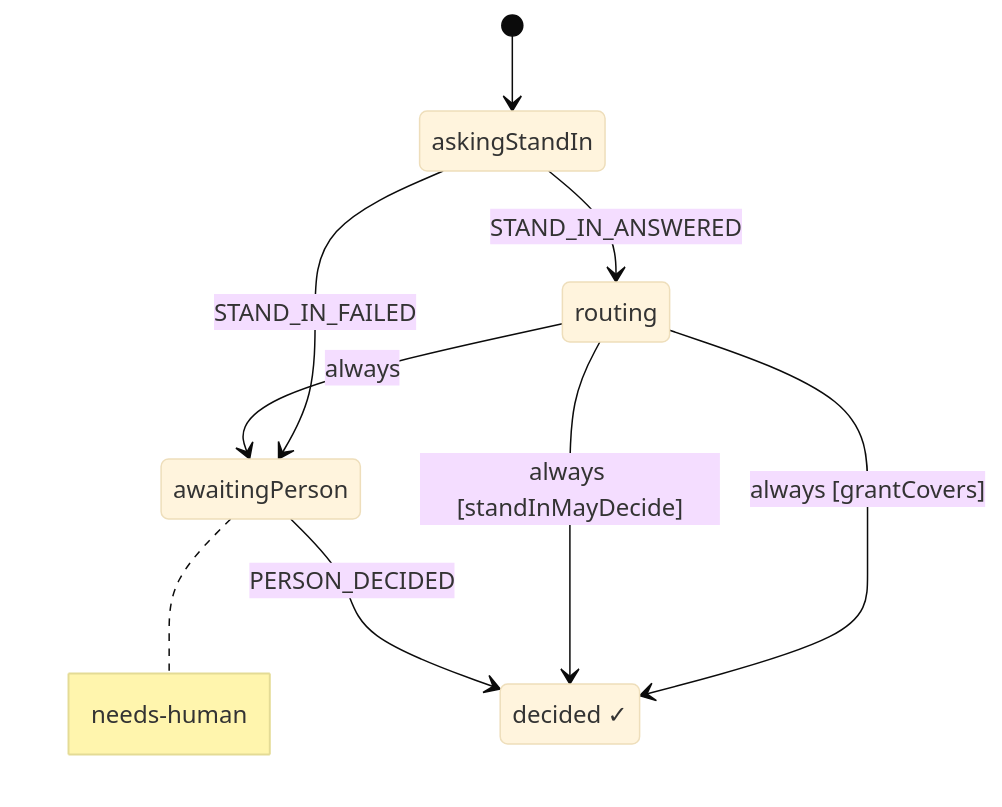
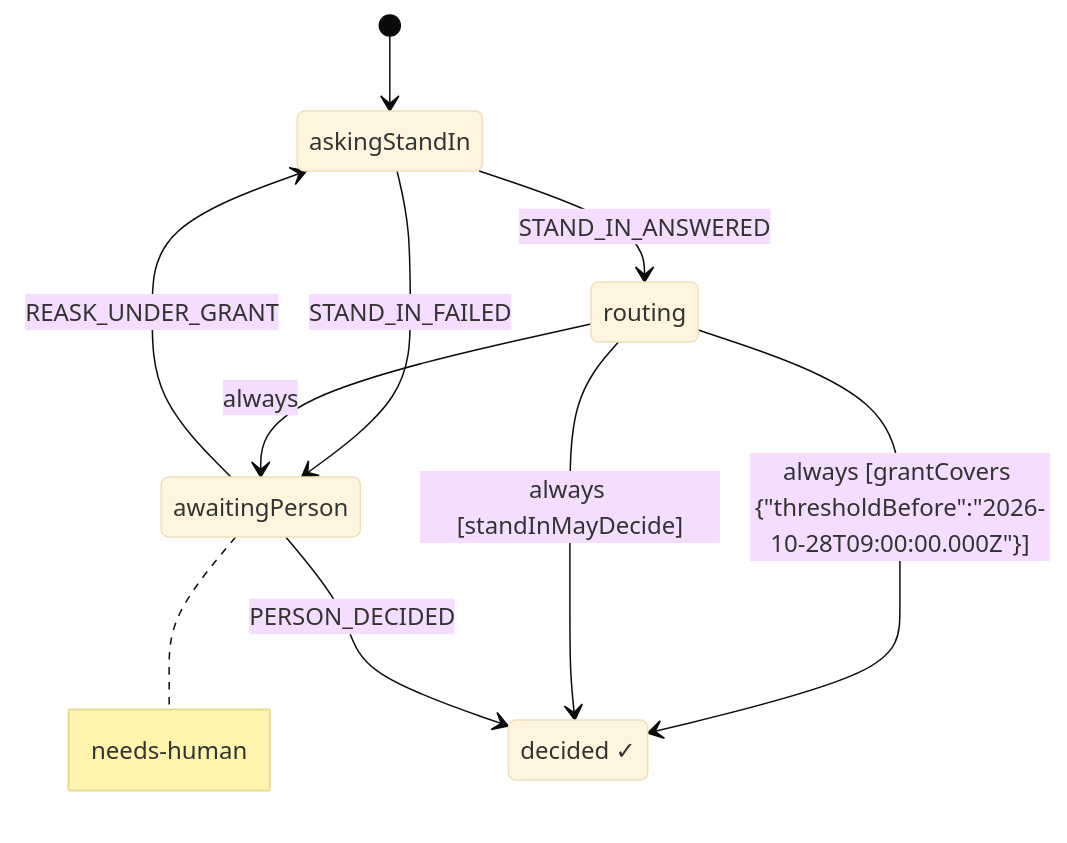
The second of 6 diagrams in packages/harness/spec/SPEC.md (suredesigntshirts/ccp_machine), drawn with Mermaid (base theme) before and after one commit. The commit also changed other lines of this file and 5 other files, not shown here.

First line of the commit message:
Model: under a grant the stand-in decides whatever its confidence; a waiting decision can be re-asked (#58)

````diff
--- a/packages/harness/spec/SPEC.md
+++ b/packages/harness/spec/SPEC.md
@@ -49,15 +49,16 @@
 ```mermaid
 stateDiagram-v2
   state "askingStandIn" as askingStandIn
   state "routing" as routing
   state "awaitingPerson" as awaitingPerson
   note right of awaitingPerson : needs-human
   state "decided ✓" as decided
   [*] --> askingStandIn
   askingStandIn --> routing : STAND_IN_ANSWERED
   askingStandIn --> awaitingPerson : STAND_IN_FAILED
-  routing --> decided : always [grantCovers]
+  routing --> decided : always [grantCovers {"thresholdBefore":"2026-10-28T09:00:00.000Z"}]
   routing --> decided : always [standInMayDecide]
   routing --> awaitingPerson : always
   awaitingPerson --> decided : PERSON_DECIDED
+  awaitingPerson --> askingStandIn : REASK_UNDER_GRANT
 ```
````
